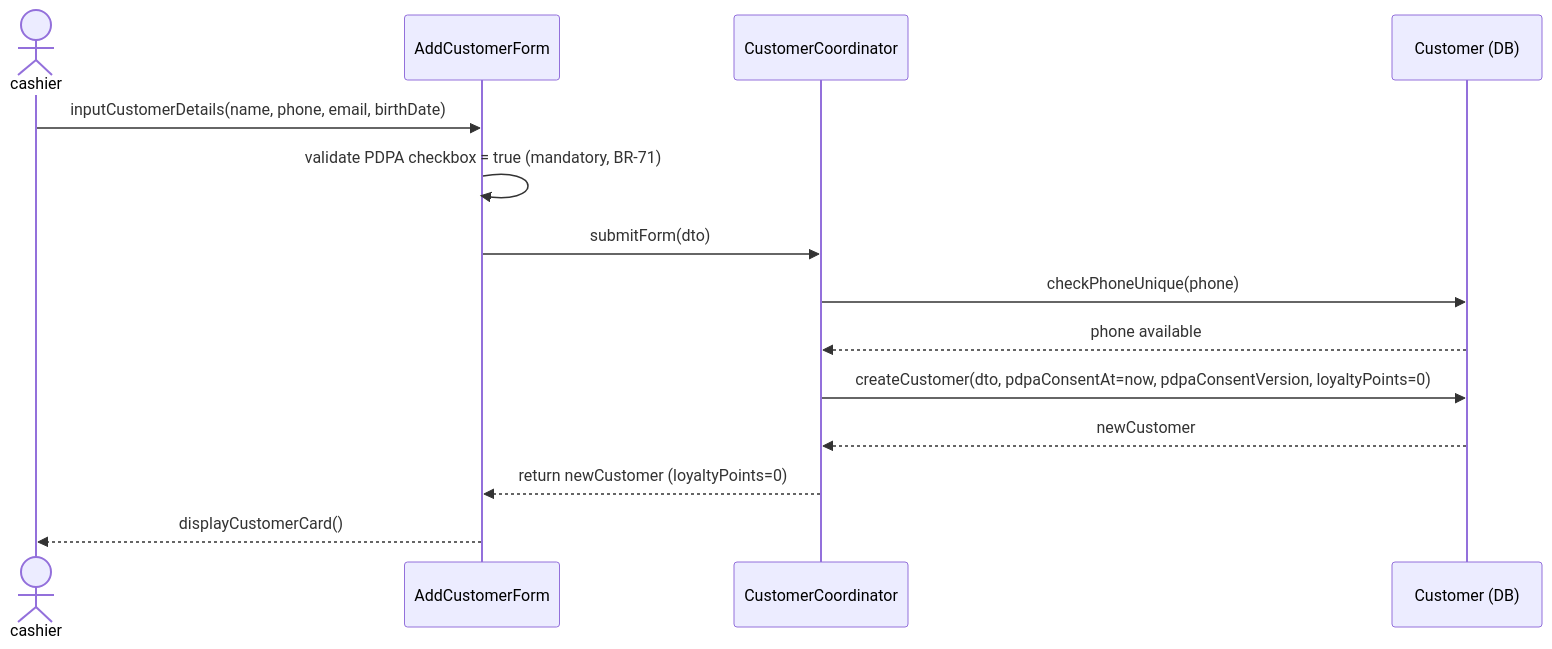
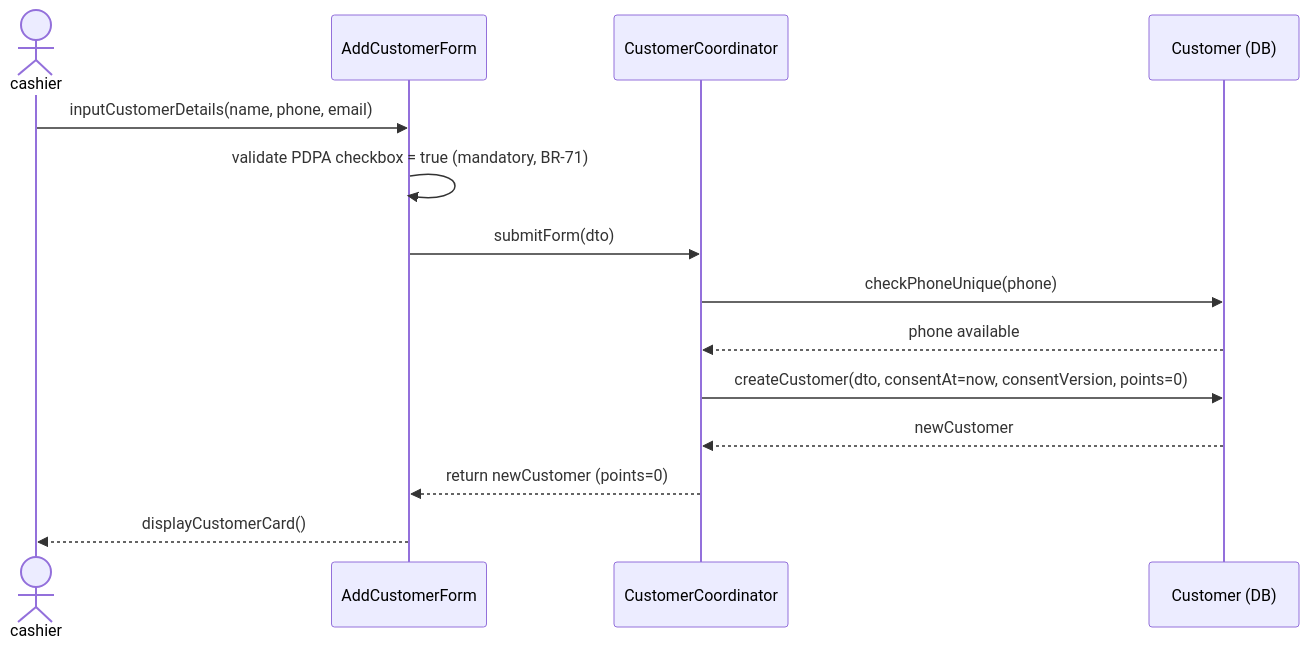
One commit to Shaichi/Khoga_coffe_shop changed the second of 3 diagrams in rds_sections/08_detailed_3_5_customer_membership.md. Above: the diagram before and after it, drawn with Mermaid. The commit also changed other lines of this file and 15 other files, not shown here.

````diff
--- a/rds_sections/08_detailed_3_5_customer_membership.md
+++ b/rds_sections/08_detailed_3_5_customer_membership.md
@@ -77,17 +75,17 @@
 ```mermaid
 sequenceDiagram
     actor cashier
     participant AddForm as AddCustomerForm
     participant CustomerCoord as CustomerCoordinator
     participant CustomerDB as Customer (DB)
 
-    cashier->>AddForm: inputCustomerDetails(name, phone, email, birthDate)
+    cashier->>AddForm: inputCustomerDetails(name, phone, email)
     AddForm->>AddForm: validate PDPA checkbox = true (mandatory, BR-71)
     AddForm->>CustomerCoord: submitForm(dto)
     CustomerCoord->>CustomerDB: checkPhoneUnique(phone)
     CustomerDB-->>CustomerCoord: phone available
-    CustomerCoord->>CustomerDB: createCustomer(dto, pdpaConsentAt=now, pdpaConsentVersion, loyaltyPoints=0)
+    CustomerCoord->>CustomerDB: createCustomer(dto, consentAt=now, consentVersion, points=0)
     CustomerDB-->>CustomerCoord: newCustomer
-    CustomerCoord-->>AddForm: return newCustomer (loyaltyPoints=0)
+    CustomerCoord-->>AddForm: return newCustomer (points=0)
     AddForm-->>cashier: displayCustomerCard()
 ```
````
